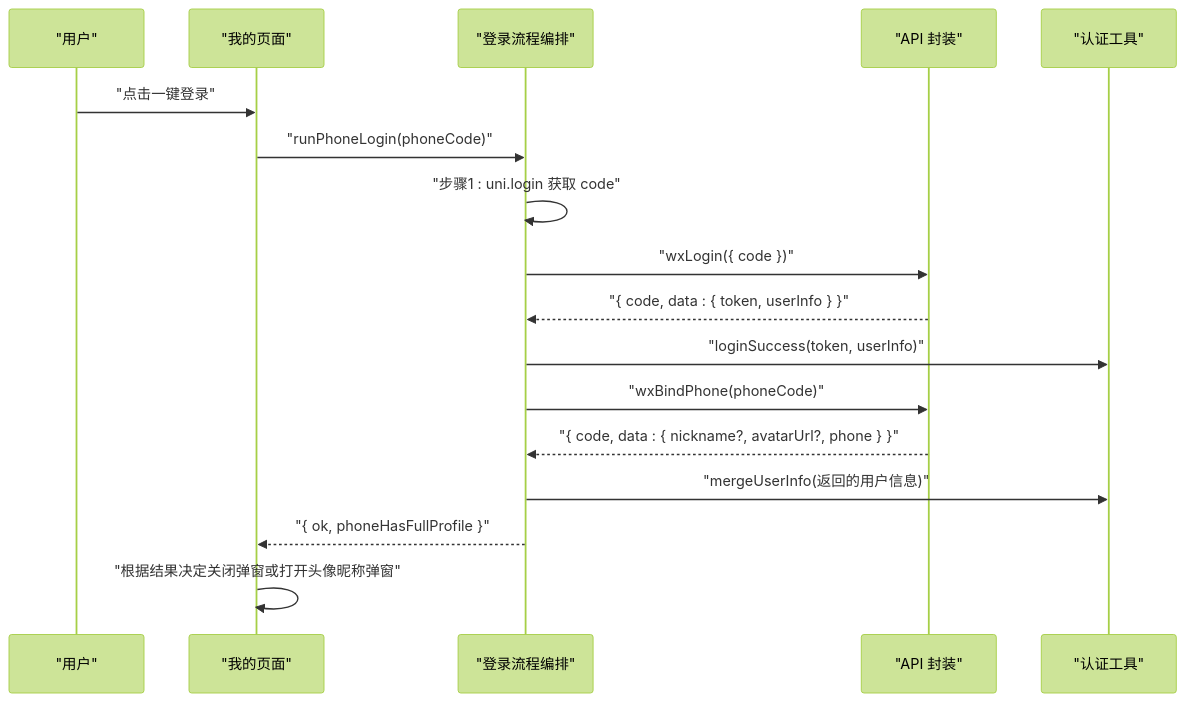
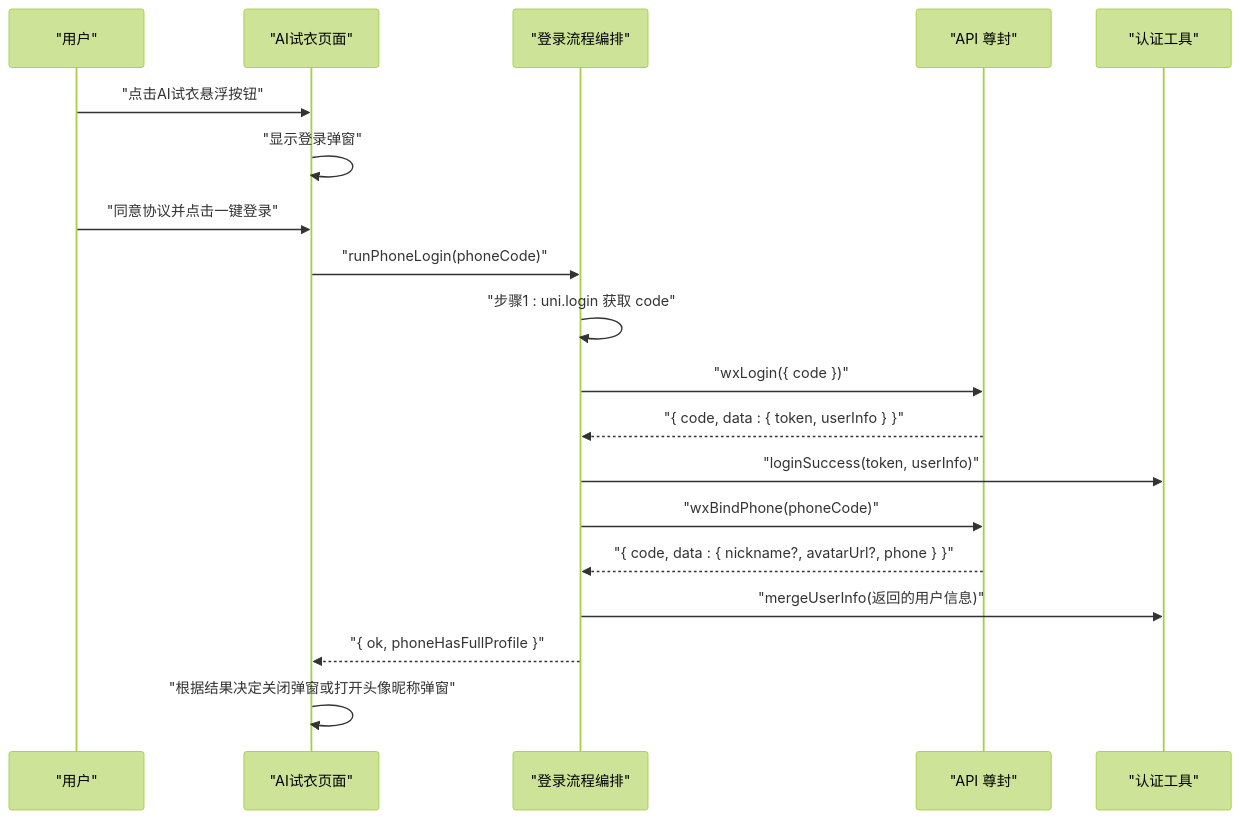
One commit to crazyma99/blueberry changed the fourth of 10 diagrams in .qoder/repowiki/zh/content/核心功能模块/用户认证系统.md. Above: the diagram before and after it, drawn with Mermaid (forest theme). The commit also changed other lines of this file and 7 other files, not shown here.

````diff
--- a/.qoder/repowiki/zh/content/核心功能模块/用户认证系统.md
+++ b/.qoder/repowiki/zh/content/核心功能模块/用户认证系统.md
@@ -195,19 +225,21 @@
 ```mermaid
 sequenceDiagram
 participant U as "用户"
-participant Page as "我的页面"
+participant Page as "AI试衣页面"
 participant LF as "登录流程编排"
-participant API as "API 封装"
+participant API as "API 尊封"
 participant Auth as "认证工具"
-U->>Page : "点击一键登录"
+U->>Page : "点击AI试衣悬浮按钮"
+Page->>Page : "显示登录弹窗"
+U->>Page : "同意协议并点击一键登录"
 Page->>LF : "runPhoneLogin(phoneCode)"
 LF->>LF : "步骤1 : uni.login 获取 code"
 LF->>API : "wxLogin({ code })"
 API-->>LF : "{ code, data : { token, userInfo } }"
 LF->>Auth : "loginSuccess(token, userInfo)"
 LF->>API : "wxBindPhone(phoneCode)"
 API-->>LF : "{ code, data : { nickname?, avatarUrl?, phone } }"
 LF->>Auth : "mergeUserInfo(返回的用户信息)"
 LF-->>Page : "{ ok, phoneHasFullProfile }"
 Page->>Page : "根据结果决定关闭弹窗或打开头像昵称弹窗"
 ```
````
